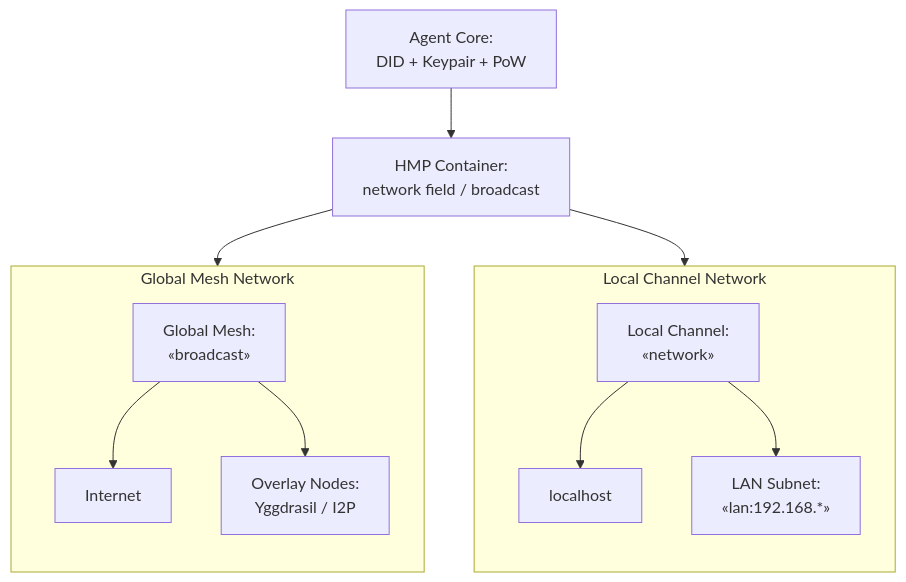
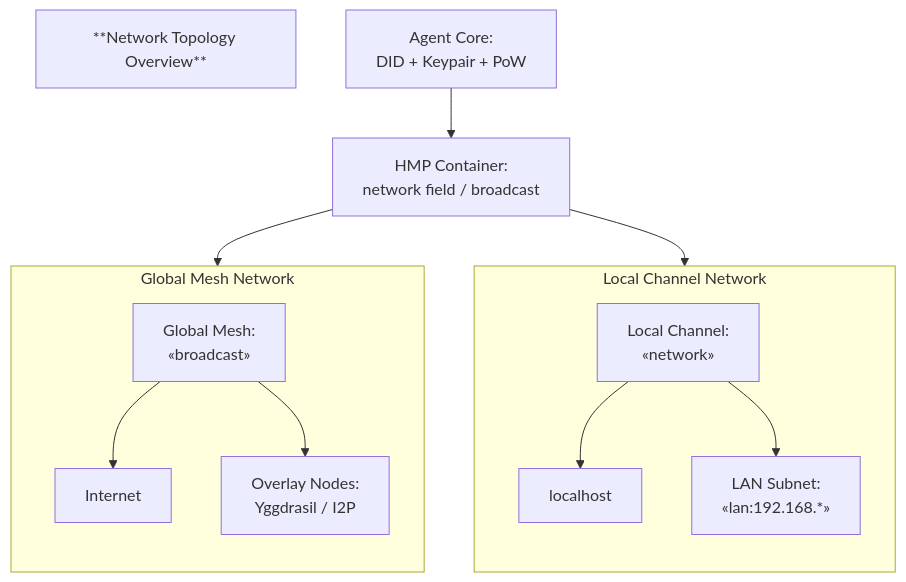
The third of 4 diagrams in docs/HMP-0005.md (kagvi13/HMP), drawn with Mermaid before and after one commit. The commit also changed other lines of this file, not shown here.

````diff
--- a/docs/HMP-0005.md
+++ b/docs/HMP-0005.md
@@ -1050,28 +1054,29 @@
 ```mermaid
 flowchart TD
+    title["**Network Topology Overview**"]
+
     Agent[Agent Core: <br>DID + Keypair + PoW]
     Container[HMP Container: <br>network field / broadcast]
     Local[Local Channel: <br>«network»]
     Global[Global Mesh: <br>«broadcast»]
     Localhost[localhost]
     LAN[LAN Subnet: <br>«lan:192.168.*»]
     Internet[Internet]
     Overlay[Overlay Nodes: <br>Yggdrasil / I2P]
 
     Agent --> Container
     Container --> Local
     Container --> Global
 
     subgraph LocalChannel["Local Channel Network"]
         direction TB
         Local --> Localhost
         Local --> LAN
     end
 
     subgraph GlobalChannel["Global Mesh Network"]
         direction TB
         Global --> Internet
         Global --> Overlay
     end
-
 ```
````
